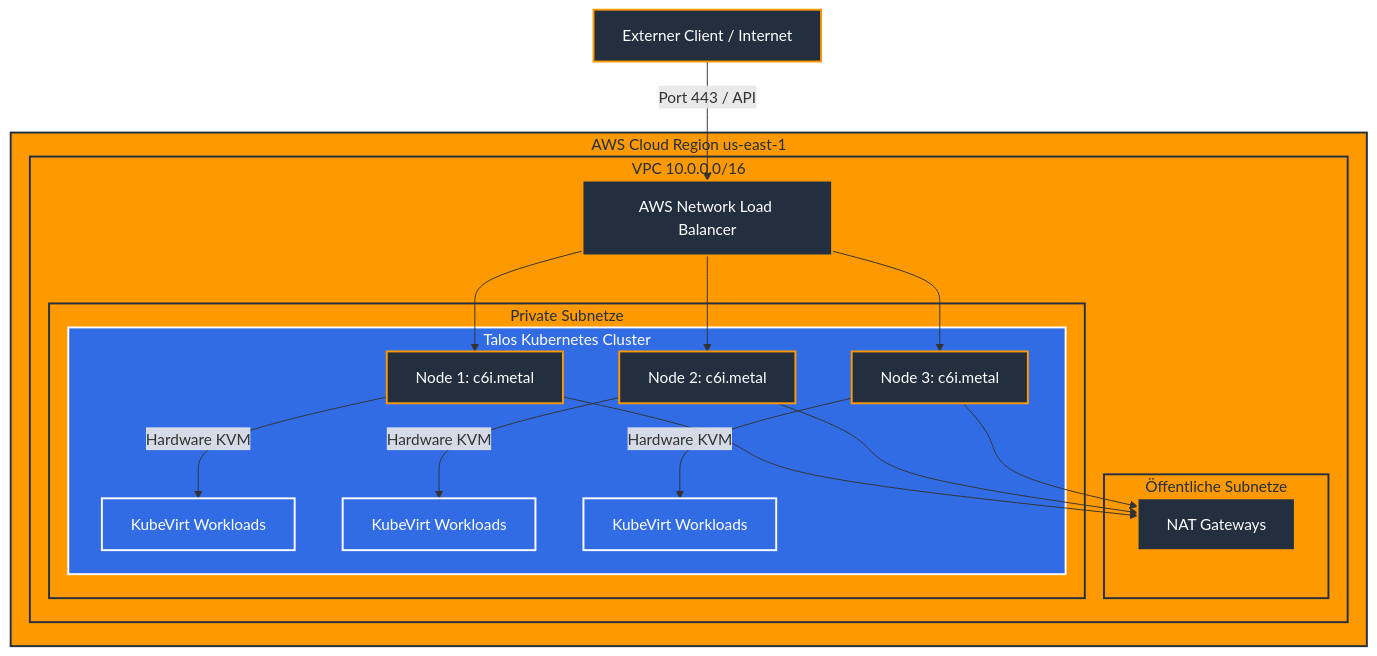
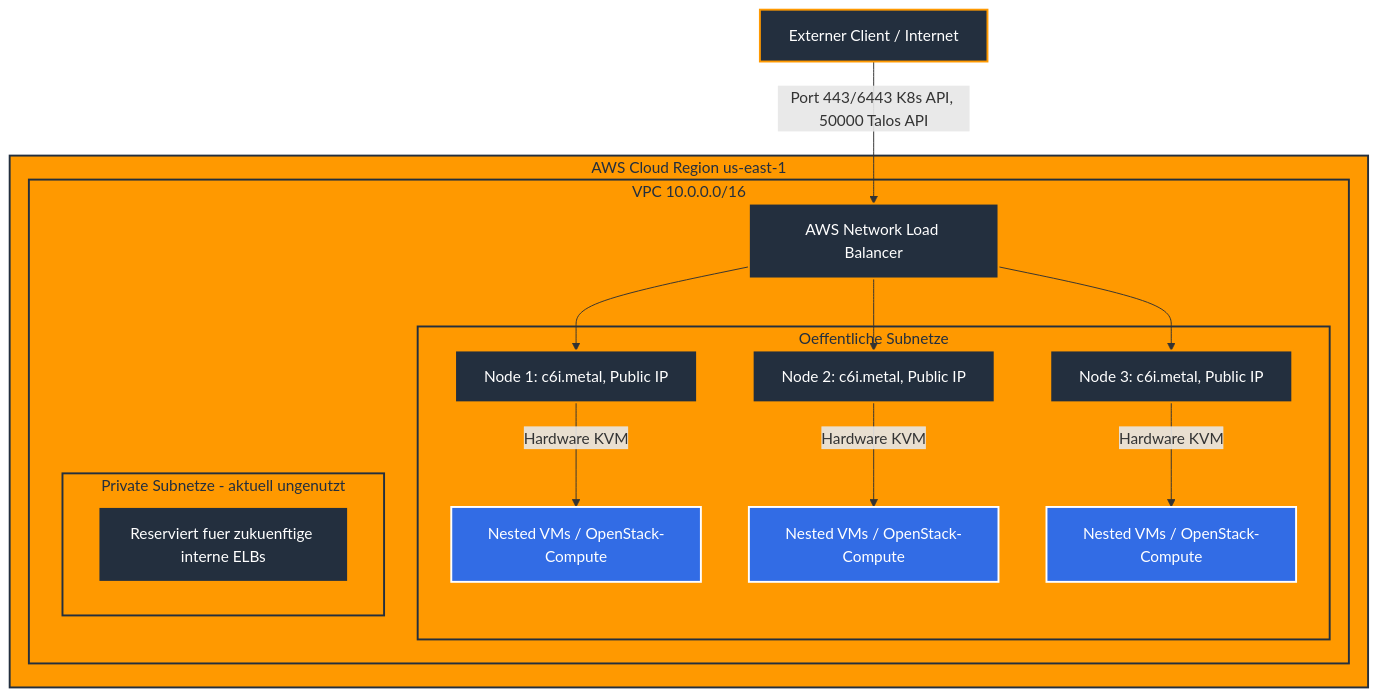
Before and after one commit to lanixx/talos-aws: the diagram in README.md, drawn with Mermaid. The commit also changed other lines of this file and 5 other files, not shown here.

````diff
--- a/README.md
+++ b/README.md
@@ -10,42 +16,36 @@
 ```mermaid
 graph TD
-    Client[Externer Client / Internet] --> |Port 443 / API| ALB[AWS Network Load Balancer]
-    
+    Client[Externer Client / Internet] --> |Port 443/6443 K8s API, 50000 Talos API| NLB[AWS Network Load Balancer]
+
     subgraph AWS_Cloud [AWS Cloud Region us-east-1]
         subgraph VPC [VPC 10.0.0.0/16]
-            ALB
-            
-            subgraph Public_Subnets [Öffentliche Subnetze]
-                NAT[NAT Gateways]
+            NLB
+
+            subgraph Public_Subnets [Oeffentliche Subnetze]
+                CP1[Node 1: c6i.metal, Public IP]
+                CP2[Node 2: c6i.metal, Public IP]
+                CP3[Node 3: c6i.metal, Public IP]
+
+                CP1 --> |Hardware KVM| VM1[Nested VMs / OpenStack-Compute]
+                CP2 --> |Hardware KVM| VM2[Nested VMs / OpenStack-Compute]
+                CP3 --> |Hardware KVM| VM3[Nested VMs / OpenStack-Compute]
             end
-            
-            subgraph Private_Subnets [Private Subnetze]
-                subgraph Talos_Cluster [Talos Kubernetes Cluster]
-                    CP1[Node 1: c6i.metal]
-                    CP2[Node 2: c6i.metal]
-                    CP3[Node 3: c6i.metal]
-                    
-                    CP1 --> |Hardware KVM| VM1[KubeVirt Workloads]
-                    CP2 --> |Hardware KVM| VM2[KubeVirt Workloads]
-                    CP3 --> |Hardware KVM| VM3[KubeVirt Workloads]
-                end
+
+            subgraph Private_Subnets [Private Subnetze - aktuell ungenutzt]
+                Reserved[Reserviert fuer zukuenftige interne ELBs]
             end
-            
-            ALB --> CP1
-            ALB --> CP2
-            ALB --> CP3
-            
-            CP1 --> NAT
-            CP2 --> NAT
-            CP3 --> NAT
+
+            NLB --> CP1
+            NLB --> CP2
+            NLB --> CP3
         end
     end
-    
+
     classDef aws fill:#FF9900,stroke:#232F3E,stroke-width:2px,color:#232F3E;
     classDef k8s fill:#326CE5,stroke:#fff,stroke-width:2px,color:#fff;
     classDef node fill:#232F3E,stroke:#FF9900,stroke-width:2px,color:#fff;
-    
+
     class AWS_Cloud,VPC,Public_Subnets,Private_Subnets aws;
-    class Talos_Cluster,VM1,VM2,VM3 k8s;
+    class VM1,VM2,VM3 k8s;
     class CP1,CP2,CP3 node;
 ```
````
